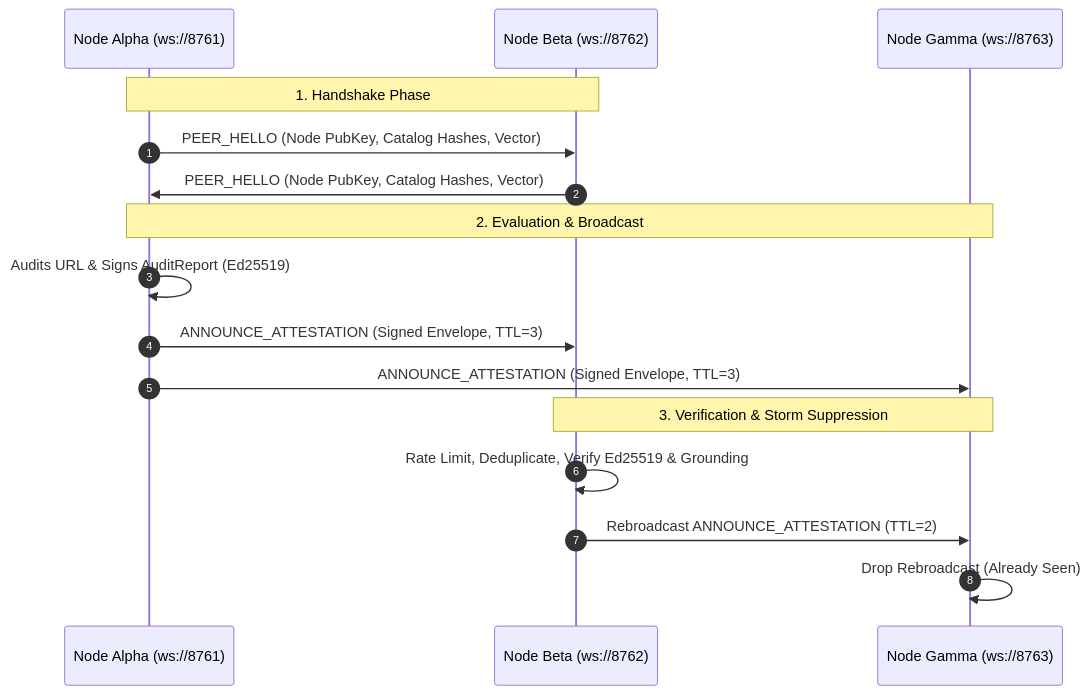
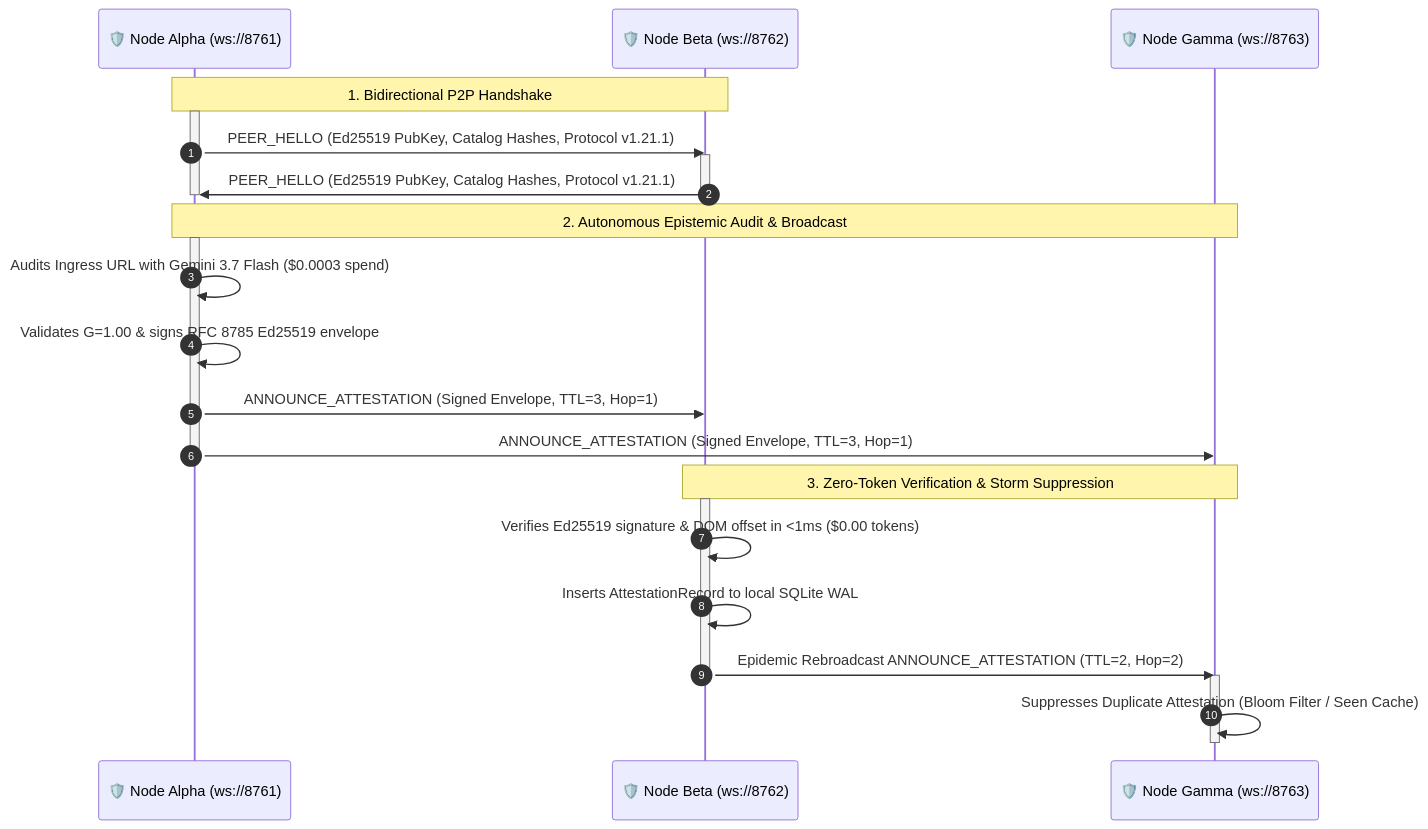
One commit to artibyrd/credence-docs changed the diagram in docs/protocols/mesh-protocol.md. Above: the diagram before and after it, drawn with Mermaid. The commit also changed 22 other files, not shown here.

Commit message:
feat(docs): release v1.21.1 - modernize mermaid diagrams, integrate mcp-mermaid, add AST/contrast CI guardrails

````diff
--- a/docs/protocols/mesh-protocol.md
+++ b/docs/protocols/mesh-protocol.md
@@ -29,21 +29,33 @@
 ```mermaid
 sequenceDiagram
     autonumber
-    participant NodeA as Node Alpha (ws://8761)
-    participant NodeB as Node Beta (ws://8762)
-    participant NodeC as Node Gamma (ws://8763)
+    participant NodeA as 🛡️ Node Alpha (ws://8761)
+    participant NodeB as 🛡️ Node Beta (ws://8762)
+    participant NodeC as 🛡️ Node Gamma (ws://8763)
 
-    Note over NodeA,NodeB: 1. Handshake Phase
-    NodeA->>NodeB: PEER_HELLO (Node PubKey, Catalog Hashes, Vector)
-    NodeB->>NodeA: PEER_HELLO (Node PubKey, Catalog Hashes, Vector)
+    Note over NodeA,NodeB: 1. Bidirectional P2P Handshake
+    activate NodeA
+    NodeA->>NodeB: PEER_HELLO (Ed25519 PubKey, Catalog Hashes, Protocol v1.21.1)
+    activate NodeB
+    NodeB->>NodeA: PEER_HELLO (Ed25519 PubKey, Catalog Hashes, Protocol v1.21.1)
+    deactivate NodeA
+    deactivate NodeB
 
-    Note over NodeA,NodeC: 2. Evaluation & Broadcast
-    NodeA->>NodeA: Audits URL & Signs AuditReport (Ed25519)
-    NodeA->>NodeB: ANNOUNCE_ATTESTATION (Signed Envelope, TTL=3)
-    NodeA->>NodeC: ANNOUNCE_ATTESTATION (Signed Envelope, TTL=3)
+    Note over NodeA,NodeC: 2. Autonomous Epistemic Audit & Broadcast
+    activate NodeA
+    NodeA->>NodeA: Audits Ingress URL with Gemini 3.7 Flash ($0.0003 spend)
+    NodeA->>NodeA: Validates G=1.00 & signs RFC 8785 Ed25519 envelope
+    NodeA->>NodeB: ANNOUNCE_ATTESTATION (Signed Envelope, TTL=3, Hop=1)
+    NodeA->>NodeC: ANNOUNCE_ATTESTATION (Signed Envelope, TTL=3, Hop=1)
+    deactivate NodeA
 
-    Note over NodeB,NodeC: 3. Verification & Storm Suppression
-    NodeB->>NodeB: Rate Limit, Deduplicate, Verify Ed25519 & Grounding
-    NodeB->>NodeC: Rebroadcast ANNOUNCE_ATTESTATION (TTL=2)
-    NodeC->>NodeC: Drop Rebroadcast (Already Seen)
+    Note over NodeB,NodeC: 3. Zero-Token Verification & Storm Suppression
+    activate NodeB
+    NodeB->>NodeB: Verifies Ed25519 signature & DOM offset in <1ms ($0.00 tokens)
+    NodeB->>NodeB: Inserts AttestationRecord to local SQLite WAL
+    NodeB->>NodeC: Epidemic Rebroadcast ANNOUNCE_ATTESTATION (TTL=2, Hop=2)
+    deactivate NodeB
+    activate NodeC
+    NodeC->>NodeC: Suppresses Duplicate Attestation (Bloom Filter / Seen Cache)
+    deactivate NodeC
 ```
````
